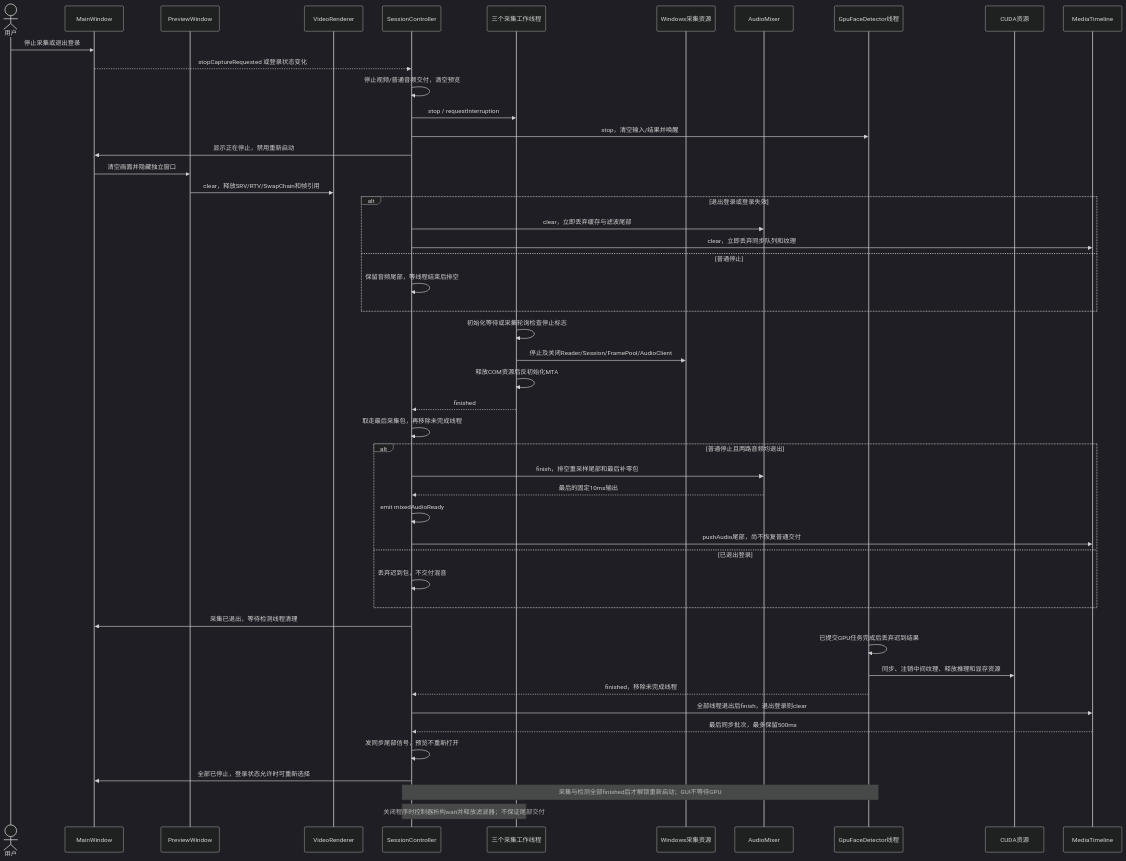
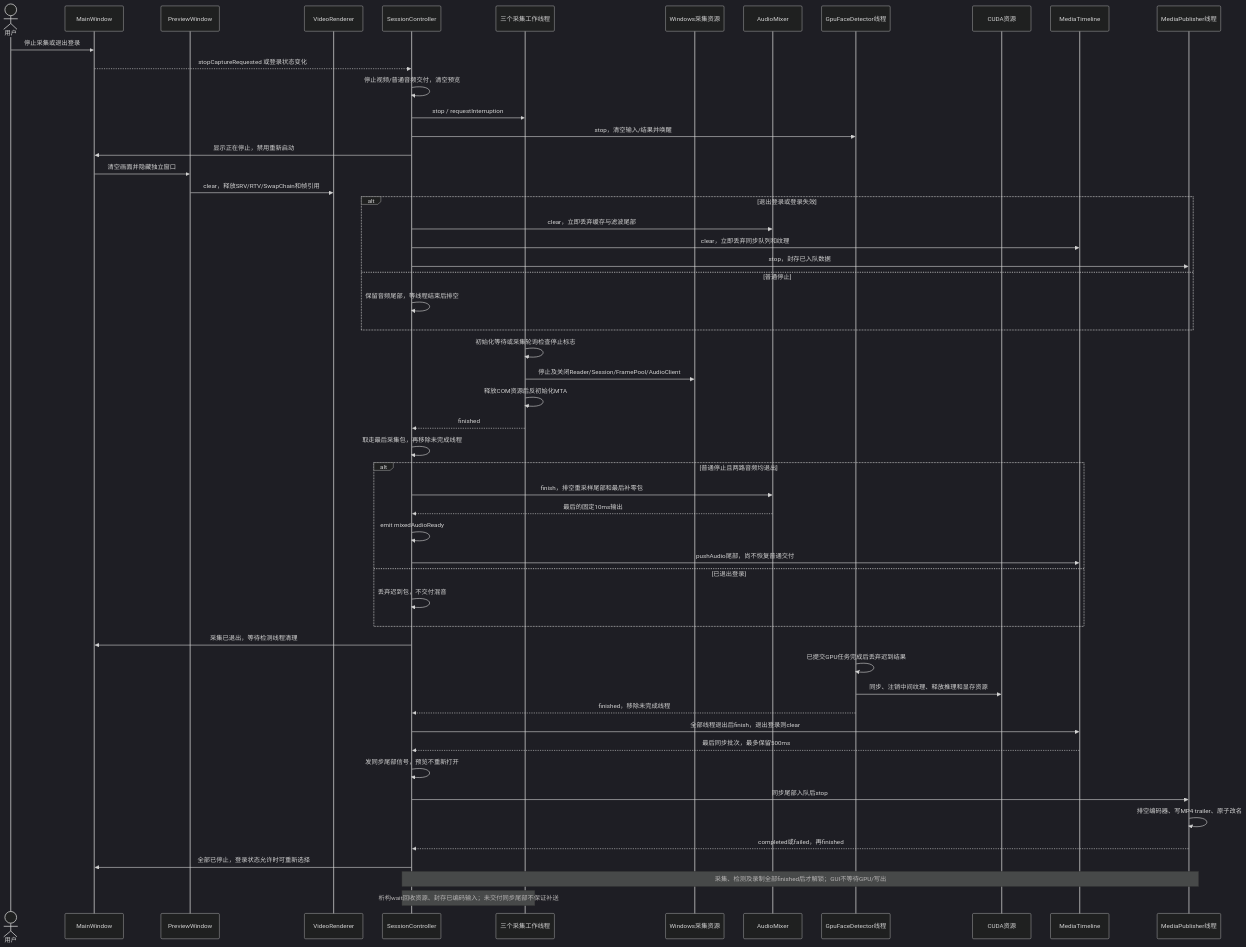
Before and after one commit to kingsman-svg/OBS: the diagram in docs/uml/capture-stop.mmd, drawn with Mermaid (dark theme). The commit also changed 40 other files, not shown here.

```diff
--- a/docs/uml/capture-stop.mmd
+++ b/docs/uml/capture-stop.mmd
@@ -1,49 +1,54 @@
 sequenceDiagram
 actor U as 用户
 participant V as MainWindow
 participant P as PreviewWindow
 participant R as VideoRenderer
 participant C as SessionController
 participant W as 三个采集工作线程
 participant S as Windows采集资源
 participant M as AudioMixer
 participant F as GpuFaceDetector线程
 participant G as CUDA资源
 participant T as MediaTimeline
+participant E as MediaPublisher线程
 U->>V: 停止采集或退出登录
 V-->>C: stopCaptureRequested 或登录状态变化
 C->>C: 停止视频/普通音频交付，清空预览
 C->>W: stop / requestInterruption
 C->>F: stop，清空输入/结果并唤醒
 C->>V: 显示正在停止，禁用重新启动
 V->>P: 清空画面并隐藏独立窗口
 P->>R: clear，释放SRV/RTV/SwapChain和帧引用
 alt 退出登录或登录失效
 C->>M: clear，立即丢弃缓存与滤波尾部
 C->>T: clear，立即丢弃同步队列和纹理
+C->>E: stop，封存已入队数据
 else 普通停止
 C->>C: 保留音频尾部，等线程结束后排空
 end
 W->>W: 初始化等待或采集轮询检查停止标志
 W->>S: 停止及关闭Reader/Session/FramePool/AudioClient
 W->>W: 释放COM资源后反初始化MTA
 W-->>C: finished
 C->>C: 取走最后采集包，再移除未完成线程
 alt 普通停止且两路音频均退出
 C->>M: finish，排空重采样尾部和最后补零包
 M-->>C: 最后的固定10ms输出
 C->>C: emit mixedAudioReady
 C->>T: pushAudio尾部，尚不恢复普通交付
 else 已退出登录
 C->>C: 丢弃迟到包，不交付混音
 end
 C->>V: 采集已退出，等待检测线程清理
 F->>F: 已提交GPU任务完成后丢弃迟到结果
 F->>G: 同步、注销中间纹理、释放推理和显存资源
 F-->>C: finished，移除未完成线程
 C->>T: 全部线程退出后finish，退出登录则clear
 T-->>C: 最后同步批次，最多保留500ms
 C->>C: 发同步尾部信号，预览不重新打开
+C->>E: 同步尾部入队后stop
+E->>E: 排空编码器、写MP4 trailer、原子改名
+E-->>C: completed或failed，再finished
 C->>V: 全部已停止，登录状态允许时可重新选择
-Note over C,F: 采集与检测全部finished后才解锁重新启动；GUI不等待GPU
-Note over C,W: 关闭程序时控制器析构wait并释放滤波器；不保证尾部交付
+Note over C,E: 采集、检测及录制全部finished后才解锁；GUI不等待GPU/写出
+Note over C,W: 析构wait回收资源、封存已编码输入；未交付同步尾部不保证补送
```
